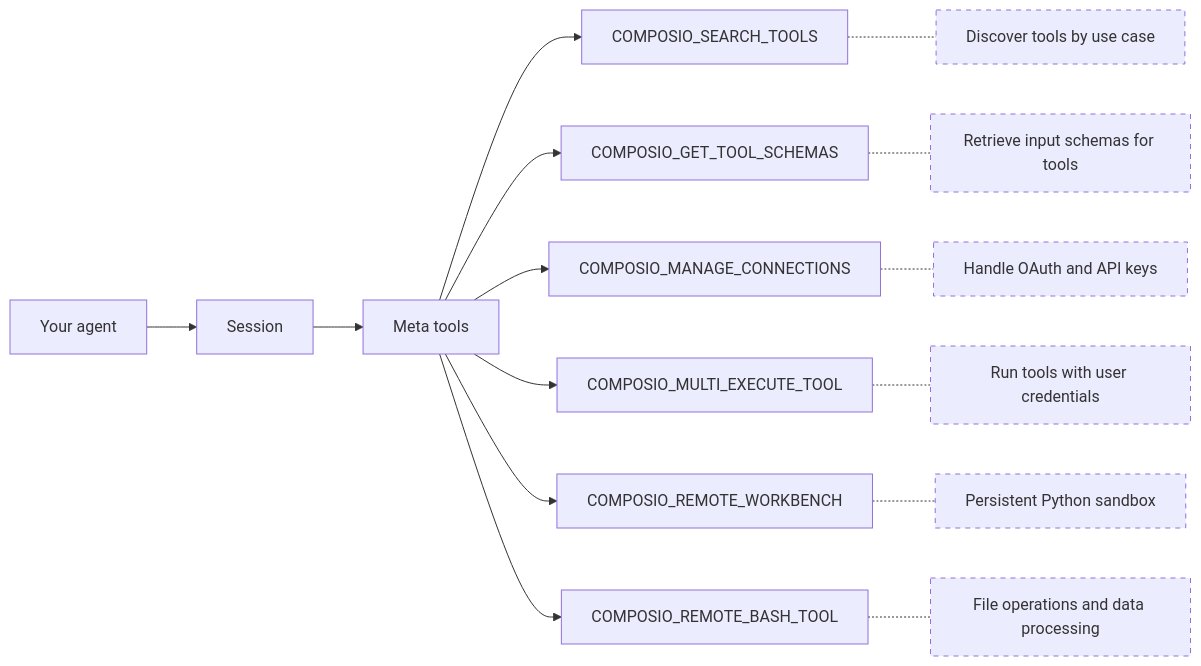
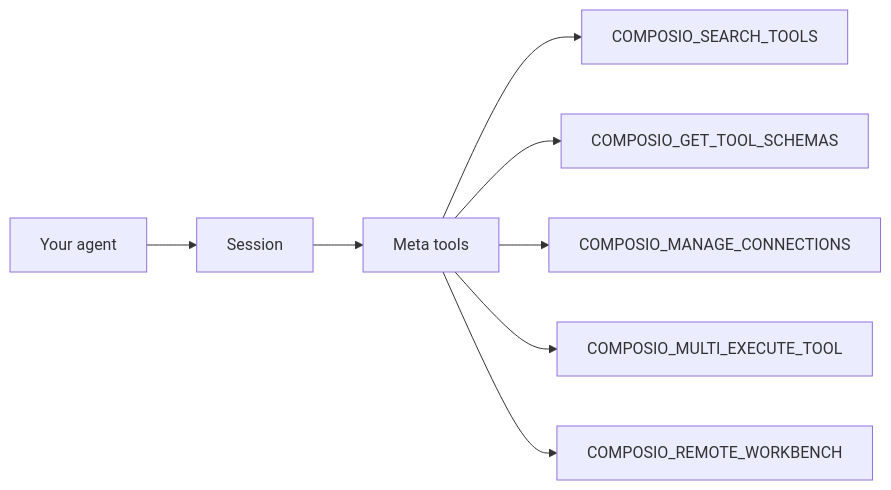
One commit to ComposioHQ/composio changed the diagram in docs/content/docs/how-composio-works.mdx. Above: the diagram before and after it, drawn with Mermaid. The commit also changed other lines of this file and 42 other files, not shown here.

````diff
--- a/docs/content/docs/how-composio-works.mdx
+++ b/docs/content/docs/how-composio-works.mdx
@@ -49,20 +66,10 @@
 ```mermaid
 graph LR
     A["Your agent"] --> B["Session"]
     B --> C["Meta tools"]
     C --> D["COMPOSIO_SEARCH_TOOLS"]
     C --> E["COMPOSIO_GET_TOOL_SCHEMAS"]
     C --> F["COMPOSIO_MANAGE_CONNECTIONS"]
     C --> G["COMPOSIO_MULTI_EXECUTE_TOOL"]
     C --> H["COMPOSIO_REMOTE_WORKBENCH"]
-    C --> I["COMPOSIO_REMOTE_BASH_TOOL"]
-
-    D -.- D1["Discover tools by use case"]:::annotation
-    E -.- E1["Retrieve input schemas for tools"]:::annotation
-    F -.- F1["Handle OAuth and API keys"]:::annotation
-    G -.- G1["Run tools with user credentials"]:::annotation
-    H -.- H1["Persistent Python sandbox"]:::annotation
-    I -.- I1["File operations and data processing"]:::annotation
-
-    classDef annotation stroke-dasharray: 5 5
 ```
````
